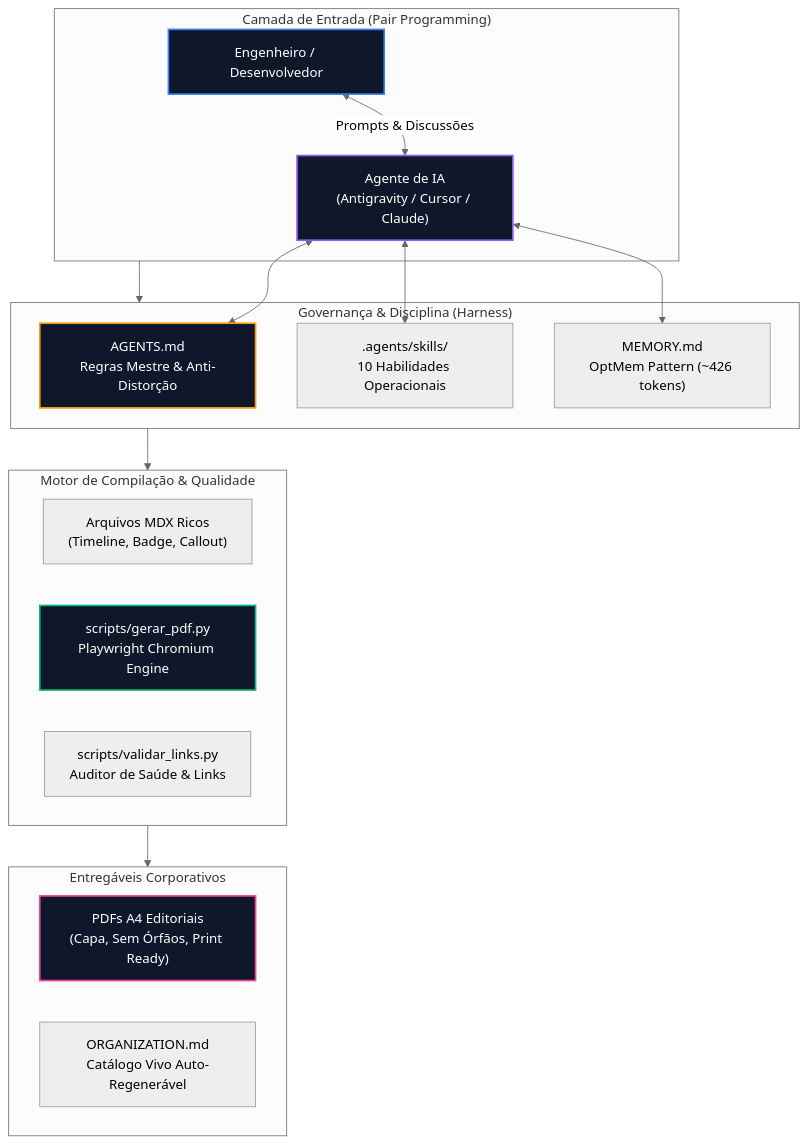
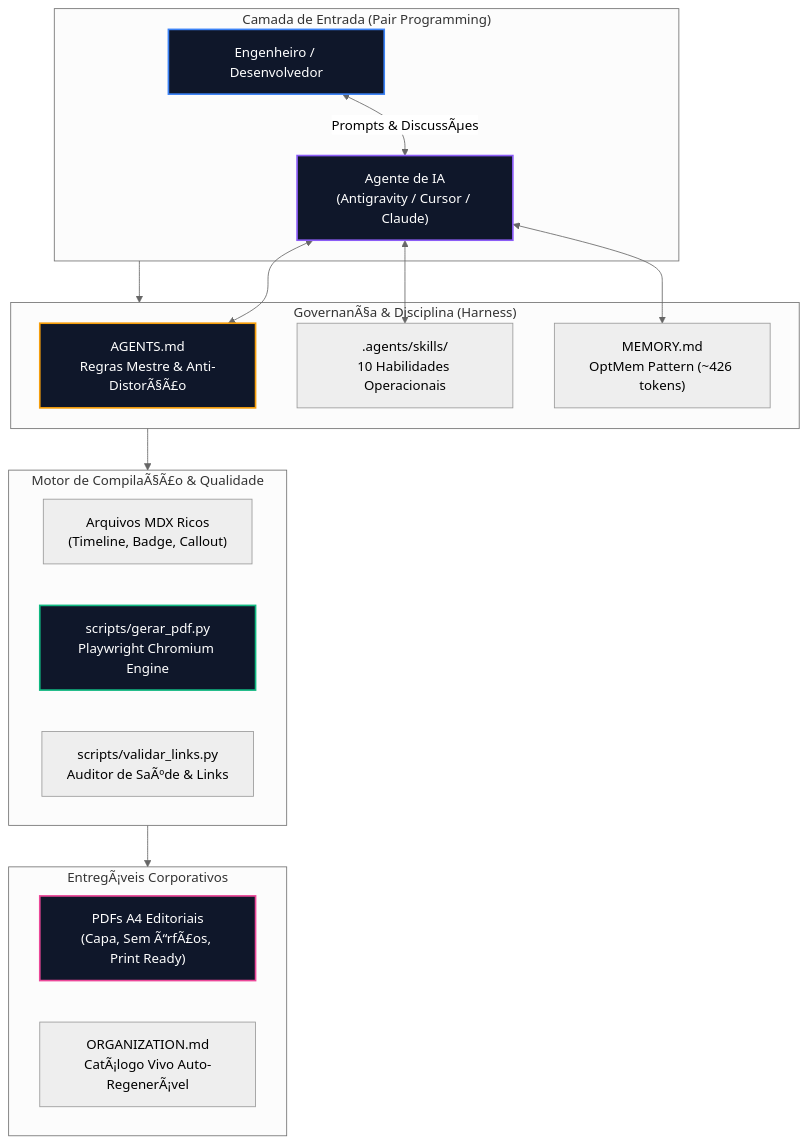
The diagram in README.md (VictorRubinec/agentic-knowledge-os), drawn with Mermaid (neutral theme) before and after one commit. The commit also changed other lines of this file and 22 other files, not shown here.

````diff
--- a/README.md
+++ b/README.md
@@ -37,33 +37,33 @@
 ```mermaid
 flowchart TD
     subgraph INPUT["Camada de Entrada (Pair Programming)"]
-        A["Engenheiro / Desenvolvedor"] <-->|"Prompts & Discussões"| B["Agente de IA<br/>(Antigravity / Cursor / Claude)"]
+        A["Engenheiro / Desenvolvedor"] <-->|"Prompts & DiscussÃµes"| B["Agente de IA<br/>(Antigravity / Cursor / Claude)"]
     end
 
-    subgraph HARNESS["Governança & Disciplina (Harness)"]
-        B <--> C["AGENTS.md<br/>Regras Mestre & Anti-Distorção"]
+    subgraph HARNESS["GovernanÃ§a & Disciplina (Harness)"]
+        B <--> C["AGENTS.md<br/>Regras Mestre & Anti-DistorÃ§Ã£o"]
         B <--> D[".agents/skills/<br/>10 Habilidades Operacionais"]
         B <--> M["MEMORY.md<br/>OptMem Pattern (~426 tokens)"]
     end
 
-    subgraph ENGINE["Motor de Compilação & Qualidade"]
+    subgraph ENGINE["Motor de CompilaÃ§Ã£o & Qualidade"]
         E["Arquivos MDX Ricos<br/>(Timeline, Badge, Callout)"]
         F["scripts/gerar_pdf.py<br/>Playwright Chromium Engine"]
-        G["scripts/validar_links.py<br/>Auditor de Saúde & Links"]
+        G["scripts/validar_links.py<br/>Auditor de SaÃºde & Links"]
     end
 
-    subgraph OUTPUT["Entregáveis Corporativos"]
-        H["PDFs A4 Editoriais<br/>(Capa, Sem Órfãos, Print Ready)"]
-        I["ORGANIZATION.md<br/>Catálogo Vivo Auto-Regenerável"]
+    subgraph OUTPUT["EntregÃ¡veis Corporativos"]
+        H["PDFs A4 Editoriais<br/>(Capa, Sem Ã“rfÃ£os, Print Ready)"]
+        I["ORGANIZATION.md<br/>CatÃ¡logo Vivo Auto-RegenerÃ¡vel"]
     end
 
     INPUT --> HARNESS
     HARNESS --> ENGINE
     ENGINE --> OUTPUT
 
     style A fill:#0f172a,stroke:#3b82f6,stroke-width:2px,color:#fff
     style B fill:#0f172a,stroke:#8b5cf6,stroke-width:2px,color:#fff
     style C fill:#0f172a,stroke:#f59e0b,stroke-width:2px,color:#fff
     style F fill:#0f172a,stroke:#10b981,stroke-width:2px,color:#fff
     style H fill:#0f172a,stroke:#ec4899,stroke-width:2px,color:#fff
 ```
````
